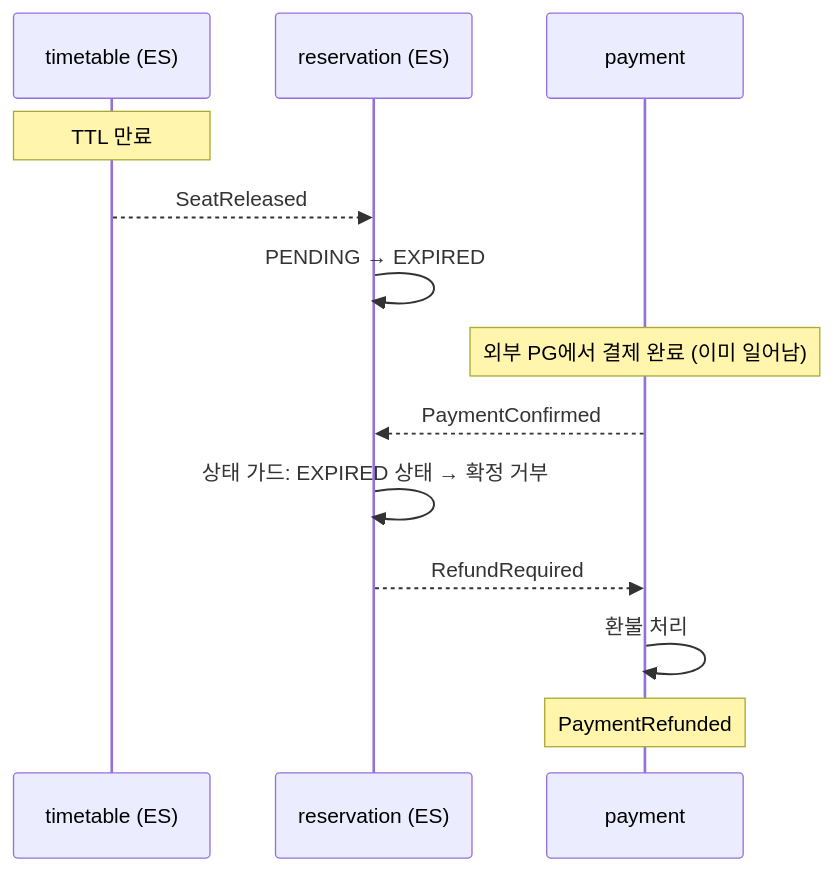
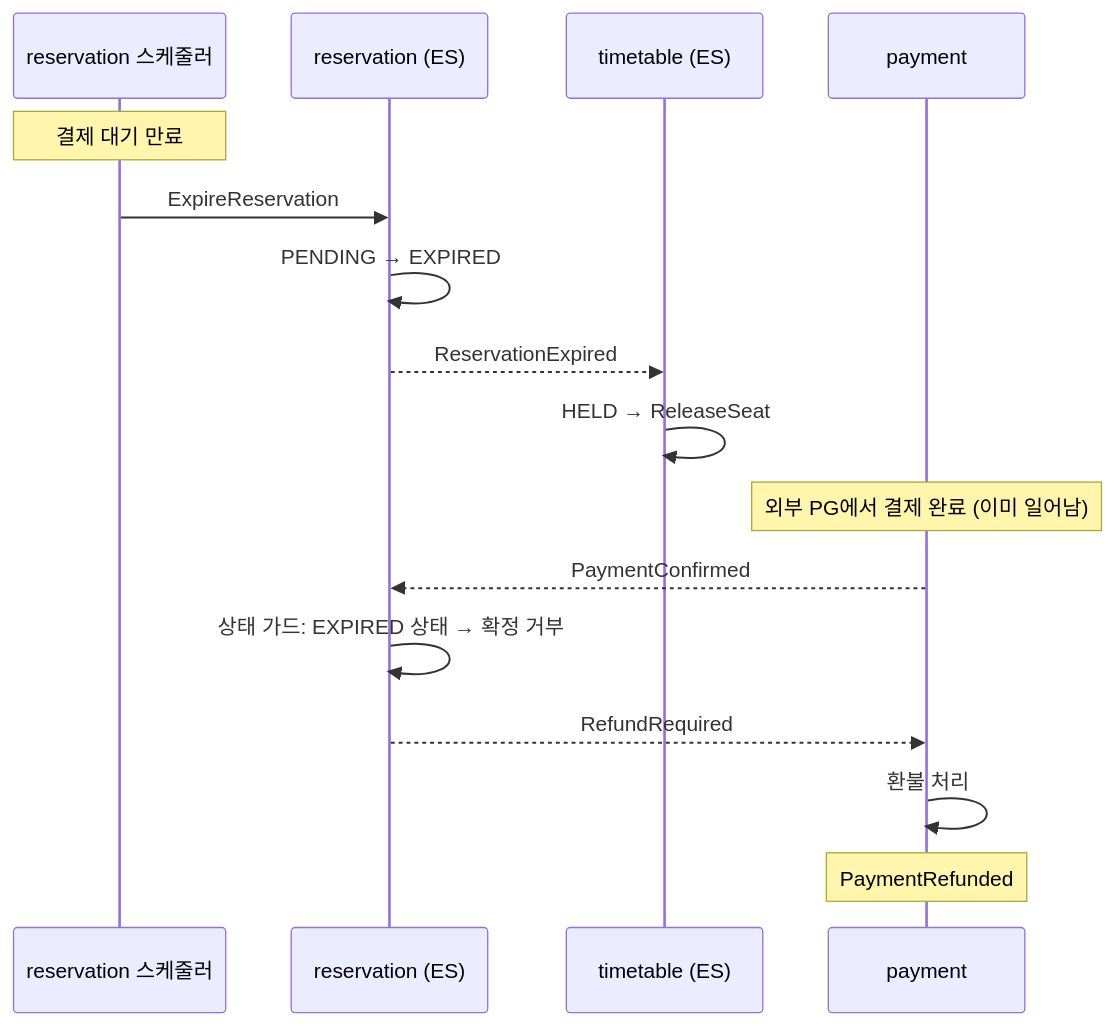
One commit to newkayak12/prototype-reservation-system changed the seventh of 8 diagrams in docs/v2/design_doc/DESIGN-007-consistency-and-sagas.md. Above: the diagram before and after it, drawn with Mermaid. The commit also changed other lines of this file and 52 other files, not shown here.

````diff
--- a/docs/v2/design_doc/DESIGN-007-consistency-and-sagas.md
+++ b/docs/v2/design_doc/DESIGN-007-consistency-and-sagas.md
@@ -202,19 +203,22 @@
 ```mermaid
 sequenceDiagram
+    participant SCH as reservation 스케줄러
+    participant RES as reservation (ES)
     participant TT as timetable (ES)
-    participant RES as reservation (ES)
     participant PAY as payment
 
-    Note over TT: TTL 만료
-    TT-->>RES: SeatReleased
+    Note over SCH: 결제 대기 만료
+    SCH->>RES: ExpireReservation
     RES->>RES: PENDING → EXPIRED
+    RES-->>TT: ReservationExpired
+    TT->>TT: HELD → ReleaseSeat
 
     Note over PAY: 외부 PG에서 결제 완료 (이미 일어남)
     PAY-->>RES: PaymentConfirmed
 
     RES->>RES: 상태 가드: EXPIRED 상태 → 확정 거부
     RES-->>PAY: RefundRequired
 
     PAY->>PAY: 환불 처리
     Note over PAY: PaymentRefunded
 ```
````
